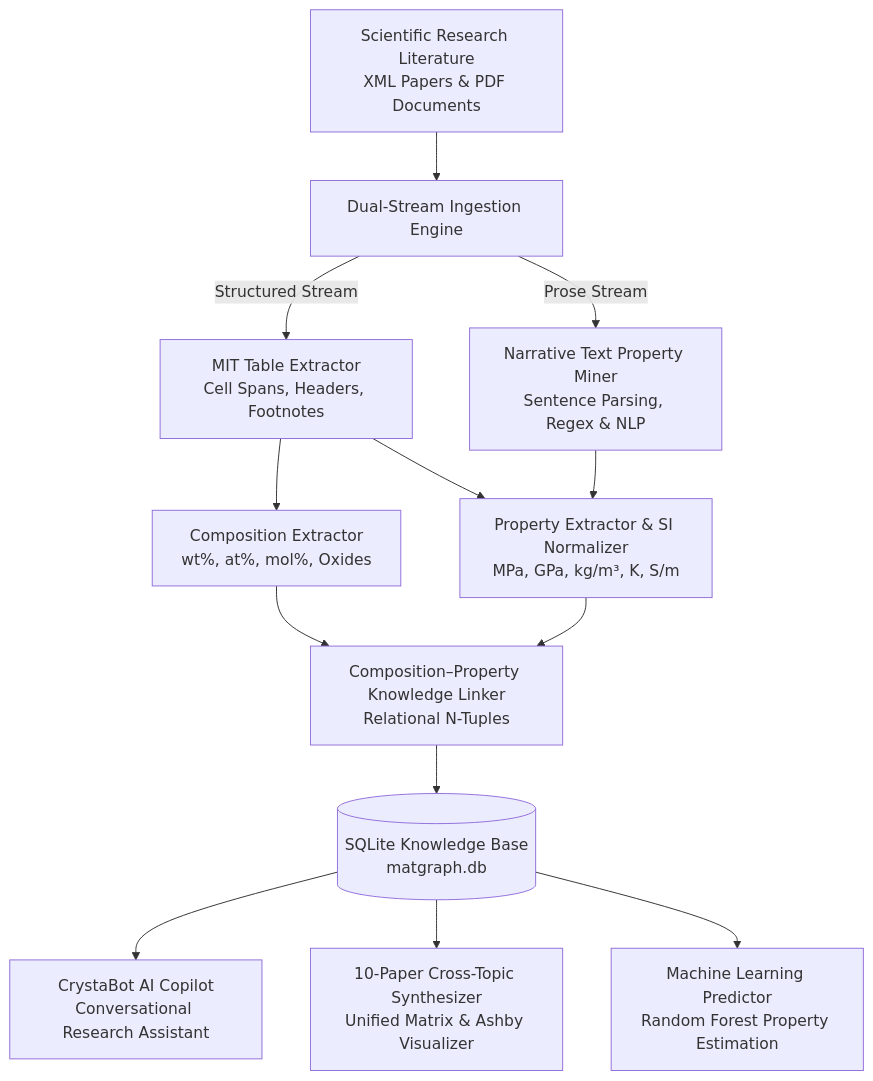
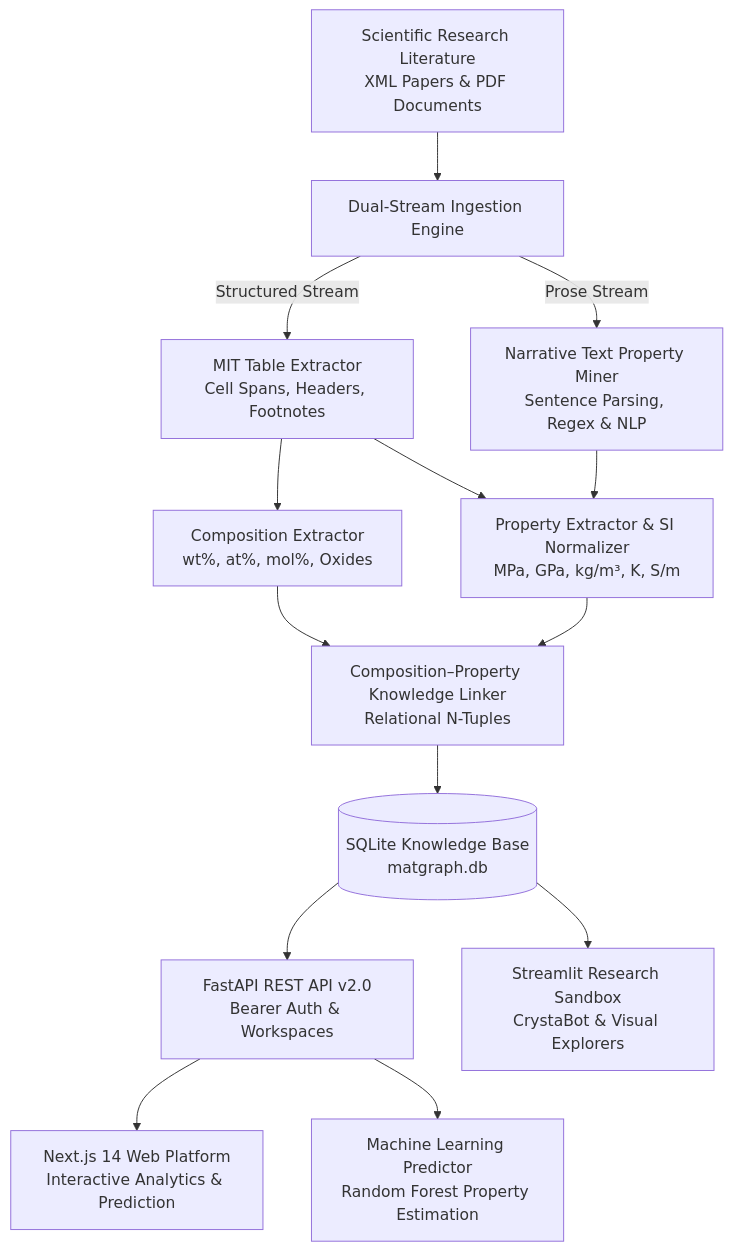
One commit to ysahil2509/CrystaGraph changed the diagram in README.md. Above: the diagram before and after it, drawn with Mermaid. The commit also changed other lines of this file and 50 other files, not shown here.

First line of the commit message:
feat: upgrade to CrystaGraph v2.0 full-stack platform

````diff
--- a/README.md
+++ b/README.md
@@ -29,14 +33,15 @@
 ```mermaid
 flowchart TD
     A[Scientific Research Literature\nXML Papers & PDF Documents] --> B[Dual-Stream Ingestion Engine]
     B -->|Structured Stream| C[MIT Table Extractor\nCell Spans, Headers, Footnotes]
     B -->|Prose Stream| D[Narrative Text Property Miner\nSentence Parsing, Regex & NLP]
     C --> E[Composition Extractor\nwt%, at%, mol%, Oxides]
     C --> F[Property Extractor & SI Normalizer\nMPa, GPa, kg/m³, K, S/m]
     D --> F
     E & F --> G[Composition–Property Knowledge Linker\nRelational N-Tuples]
     G --> H[(SQLite Knowledge Base\nmatgraph.db)]
-    H --> I[CrystaBot AI Copilot\nConversational Research Assistant]
-    H --> J[10-Paper Cross-Topic Synthesizer\nUnified Matrix & Ashby Visualizer]
-    H --> K[Machine Learning Predictor\nRandom Forest Property Estimation]
+    H --> I[FastAPI REST API v2.0\nBearer Auth & Workspaces]
+    H --> J[Streamlit Research Sandbox\nCrystaBot & Visual Explorers]
+    I --> K[Next.js 14 Web Platform\nInteractive Analytics & Prediction]
+    I --> L[Machine Learning Predictor\nRandom Forest Property Estimation]
 ```
````
